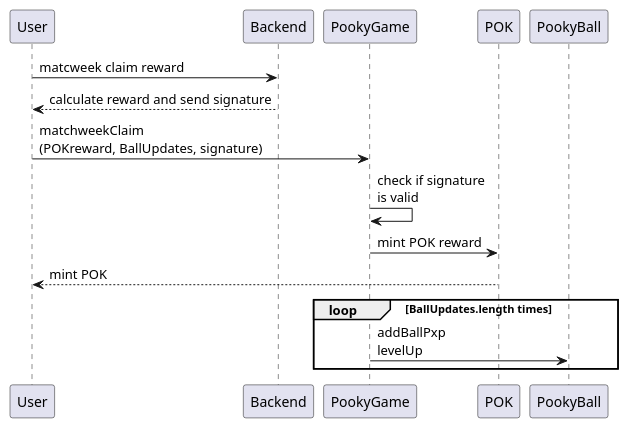
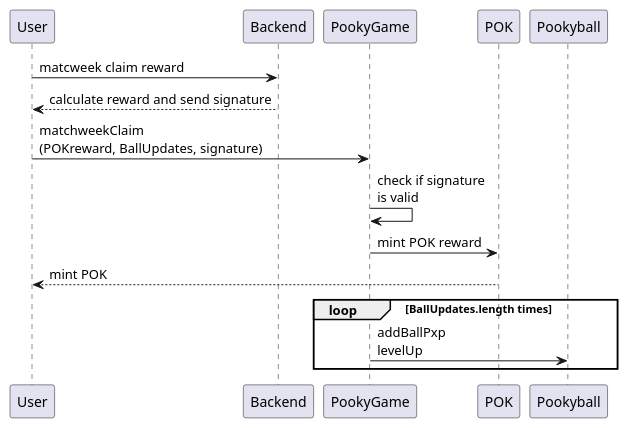
Before and after one commit to pooky-labs/smart-contracts: the diagram in diagrams/PookyGame/matchweekClaim.puml, drawn with PlantUML. The commit also changed 34 other files, not shown here.

First line of the commit message:
chore: rename `PookyBall` and `Pooky Ball` occurrences to `Pookyball`.

```diff
--- a/diagrams/PookyGame/matchweekClaim.puml
+++ b/diagrams/PookyGame/matchweekClaim.puml
@@ -1,20 +1,20 @@
 @startuml
 
 participant User
 participant Backend
 participant PookyGame
 participant POK
-participant PookyBall
+participant Pookyball
 
 
 User -> Backend : matcweek claim reward
 Backend --> User : calculate reward and send signature
 User -> PookyGame : matchweekClaim\n(POKreward, BallUpdates, signature)
 PookyGame -> PookyGame : check if signature\nis valid
 PookyGame -> POK : mint POK reward
 POK --> User : mint POK
 group loop [BallUpdates.length times]
-  PookyGame -> PookyBall : addBallPxp\nlevelUp
+  PookyGame -> Pookyball : addBallPxp\nlevelUp
 end
 
 @enduml
```
